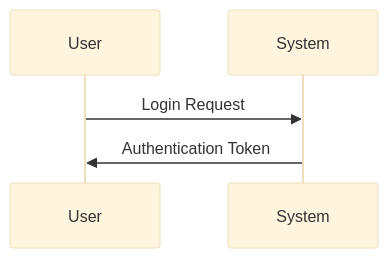
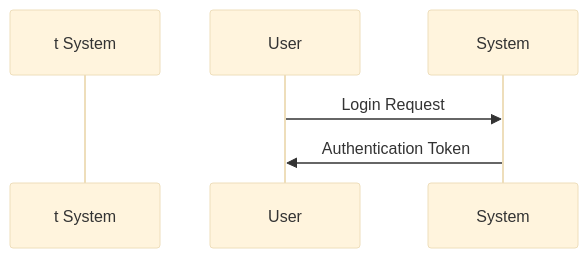
Before and after one commit to shanchih/Seaspan: the diagram in EmployeeMaster.md, drawn with Mermaid (base theme). The commit also changed other lines of this file, not shown here.

````diff
--- a/EmployeeMaster.md
+++ b/EmployeeMaster.md
@@ -25,7 +25,7 @@
 ```mermaid
+
 sequenceDiagram
-    participant User
-    participant System
+    participant t System
     User->>System: Login Request
     System->>User: Authentication Token
 ```
````
